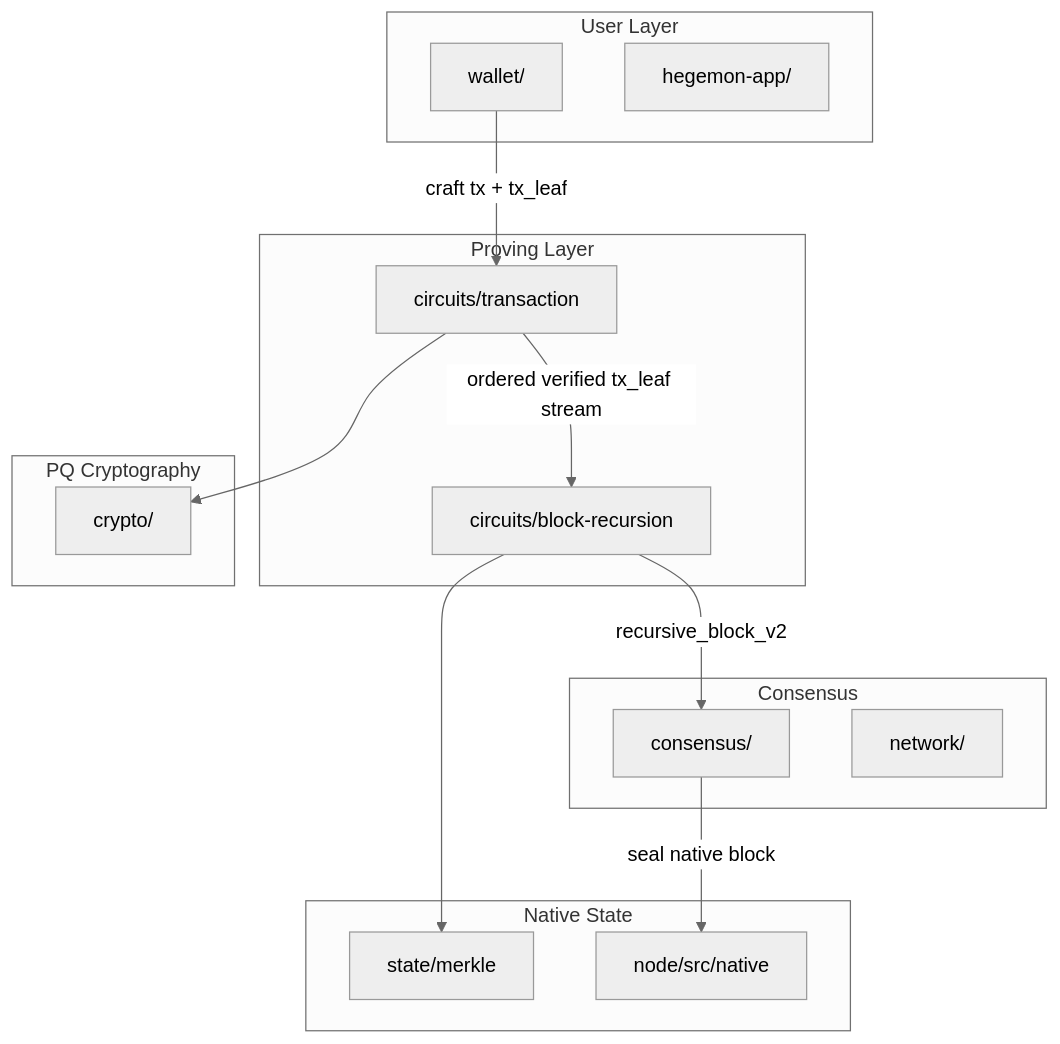
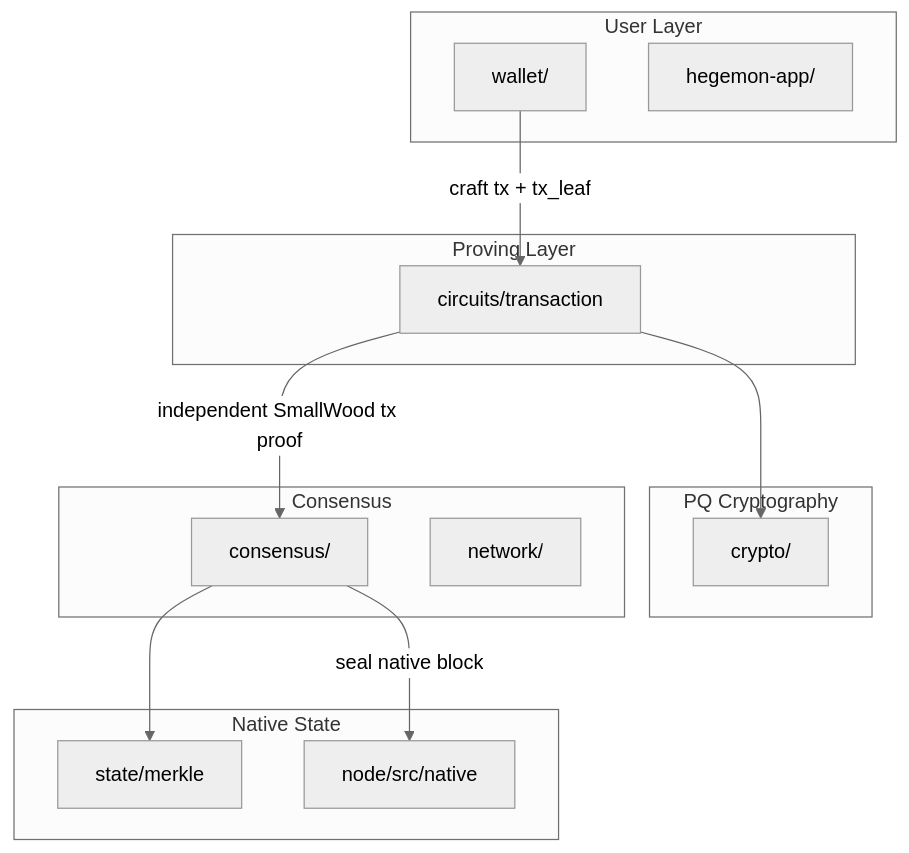
Before and after one commit to Pauli-Group/Hegemon: the first of 2 diagrams in README.md, drawn with Mermaid (neutral theme). The commit also changed other lines of this file and 7 other files, not shown here.

Commit message:
Document SmallWood V4 production posture and Pareto results

````diff
--- a/README.md
+++ b/README.md
@@ -27,33 +27,31 @@
 ```mermaid
 flowchart TB
     subgraph User["User Layer"]
         W[wallet/]
         UI[hegemon-app/]
     end
 
     subgraph Proving["Proving Layer"]
         CT[circuits/transaction]
-        BR[circuits/block-recursion]
     end
 
     subgraph Crypto["PQ Cryptography"]
         CR[crypto/]
     end
 
     subgraph Consensus["Consensus"]
         CON[consensus/]
         NET[network/]
     end
 
     subgraph State["Native State"]
         SM[state/merkle]
         NN[node/src/native]
     end
 
     W -->|craft tx + tx_leaf| CT
-    CT -->|ordered verified tx_leaf stream| BR
-    BR -->|recursive_block_v2| CON
+    CT -->|independent SmallWood tx proof| CON
     CON -->|seal native block| NN
     CT --> CR
-    BR --> SM
+    CON --> SM
 ```
````
